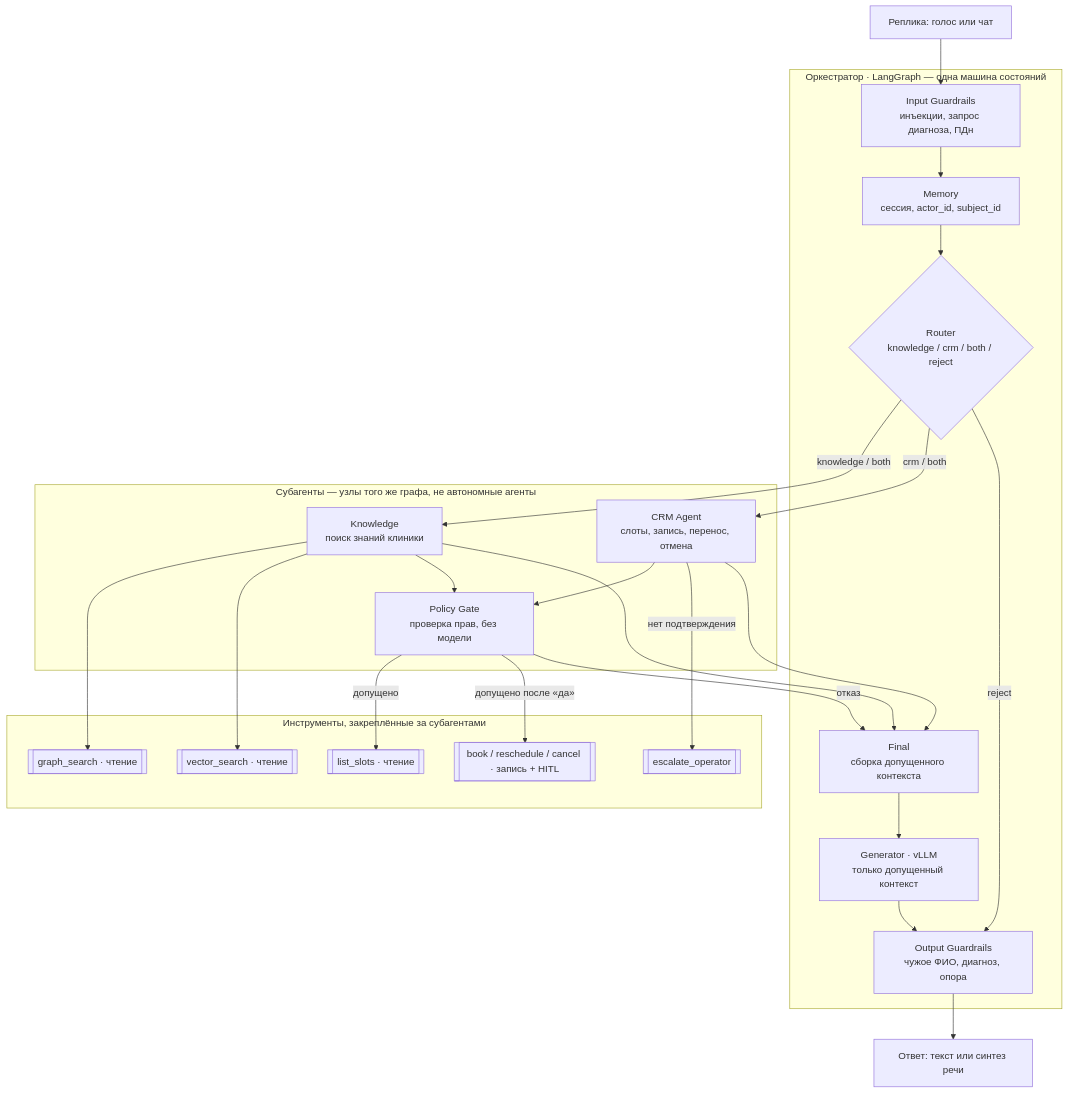
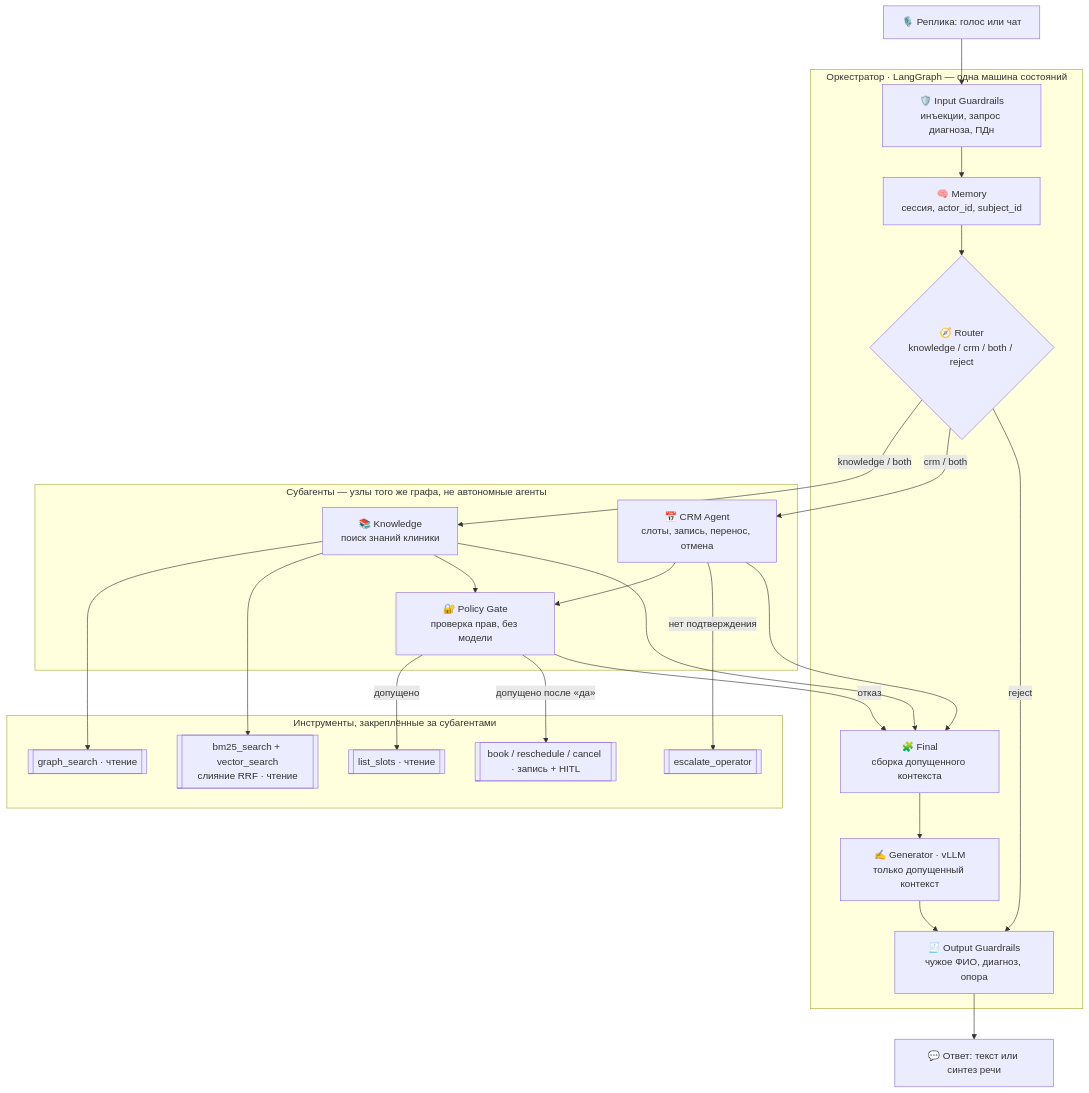
The diagram in final-project/slides/agents.mmd (divisee/otus-ai-architect), drawn with Mermaid before and after one commit. The commit also changed 2 other files, not shown here.

Commit message:
Draw the agent graph on the slide instead of three columns
The multi-agent slide now carries a real node-edge diagram: the router
splits into the Knowledge and CRM subagents, each with its own tools
listed underneath, both converge on the Policy gate, and the answer path
runs generator → output filters → reply, with the refusal branch drawn
dashed in carmine straight from the router. Agents carry icons here and
in the README mermaid source.

```diff
--- a/final-project/slides/agents.mmd
+++ b/final-project/slides/agents.mmd
@@ -1,44 +1,44 @@
 %% Мультиагентная схема: оркестратор, субагенты, инструменты (ADR-0008)
 flowchart TB
-    IN[Реплика: голос или чат] --> IG[Input Guardrails<br/>инъекции, запрос диагноза, ПДн]
+    IN[🎙️ Реплика: голос или чат] --> IG[🛡️ Input Guardrails<br/>инъекции, запрос диагноза, ПДн]
 
     subgraph ORCH["Оркестратор · LangGraph — одна машина состояний"]
-        IG --> MEM[Memory<br/>сессия, actor_id, subject_id]
-        MEM --> RTR{Router<br/>knowledge / crm / both / reject}
-        FIN[Final<br/>сборка допущенного контекста]
-        GEN[Generator · vLLM<br/>только допущенный контекст]
-        OG[Output Guardrails<br/>чужое ФИО, диагноз, опора]
+        IG --> MEM[🧠 Memory<br/>сессия, actor_id, subject_id]
+        MEM --> RTR{🧭 Router<br/>knowledge / crm / both / reject}
+        FIN[🧩 Final<br/>сборка допущенного контекста]
+        GEN[✍️ Generator · vLLM<br/>только допущенный контекст]
+        OG[🧾 Output Guardrails<br/>чужое ФИО, диагноз, опора]
     end
 
     subgraph SUB["Субагенты — узлы того же графа, не автономные агенты"]
-        KN[Knowledge<br/>поиск знаний клиники]
-        CRMA[CRM Agent<br/>слоты, запись, перенос, отмена]
-        POL[Policy Gate<br/>проверка прав, без модели]
+        KN[📚 Knowledge<br/>поиск знаний клиники]
+        CRMA[📅 CRM Agent<br/>слоты, запись, перенос, отмена]
+        POL[🔐 Policy Gate<br/>проверка прав, без модели]
     end
 
     subgraph TOOLS["Инструменты, закреплённые за субагентами"]
         T1[[graph_search · чтение]]
-        T2[[vector_search · чтение]]
+        T2[[bm25_search + vector_search<br/>слияние RRF · чтение]]
         T3[[list_slots · чтение]]
         T4[[book / reschedule / cancel · запись + HITL]]
         T5[[escalate_operator]]
     end
 
     RTR -->|knowledge / both| KN
     RTR -->|crm / both| CRMA
     RTR -->|reject| OG
 
     KN --> T1
     KN --> T2
     KN --> POL
     CRMA --> POL
     POL -->|допущено| T3
     POL -->|допущено после «да»| T4
     POL -->|отказ| FIN
     CRMA -->|нет подтверждения| T5
 
     KN --> FIN
     CRMA --> FIN
     FIN --> GEN
     GEN --> OG
-    OG --> OUT[Ответ: текст или синтез речи]
+    OG --> OUT[💬 Ответ: текст или синтез речи]
```
